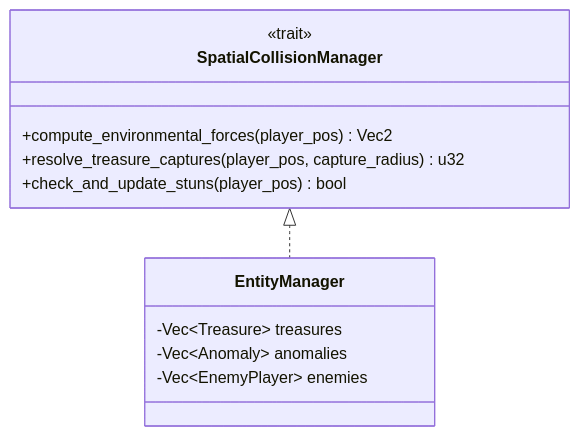
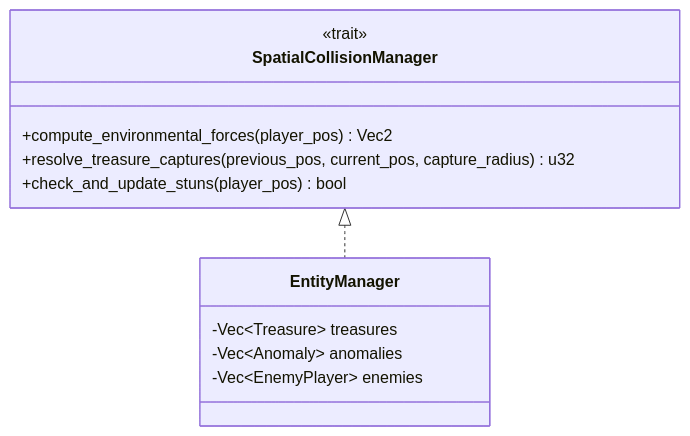
One commit to bytadaniel/open-datsmagic changed the diagram in docs/features/FE-003-spatial-entities-and-collisions.md. Above: the diagram before and after it, drawn with Mermaid. The commit also changed other lines of this file and 140 other files, not shown here.

````diff
--- a/docs/features/FE-003-spatial-entities-and-collisions.md
+++ b/docs/features/FE-003-spatial-entities-and-collisions.md
@@ -40,15 +40,15 @@
 ```mermaid
 classDiagram
     class SpatialCollisionManager {
         <<trait>>
         +compute_environmental_forces(player_pos) Vec2
-        +resolve_treasure_captures(player_pos, capture_radius) u32
+        +resolve_treasure_captures(previous_pos, current_pos, capture_radius) u32
         +check_and_update_stuns(player_pos) bool
     }
     class EntityManager {
         -Vec~Treasure~ treasures
         -Vec~Anomaly~ anomalies
         -Vec~EnemyPlayer~ enemies
     }
     SpatialCollisionManager <|.. EntityManager
 ```
````
